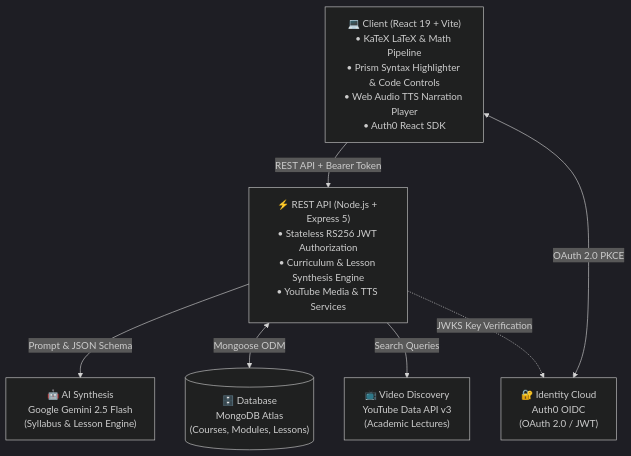
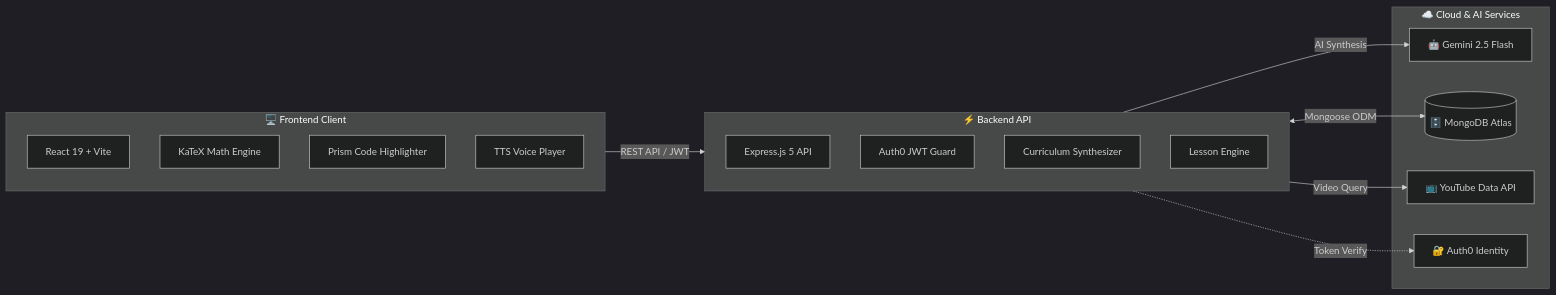
Before and after one commit to someshsinha/Socratic-AI: the first of 2 diagrams in README.md, drawn with Mermaid. The commit also changed 1 other file, not shown here.

Commit message:
readme updates

````diff
--- a/README.md
+++ b/README.md
@@ -63,19 +63,30 @@
 ```mermaid
 %%{init: {'theme': 'dark'}}%%
-flowchart TD
-    Client["💻 Client (React 19 + Vite)\n• KaTeX LaTeX & Math Pipeline\n• Prism Syntax Highlighter & Code Controls\n• Web Audio TTS Narration Player\n• Auth0 React SDK"]
-    
-    API["⚡ REST API (Node.js + Express 5)\n• Stateless RS256 JWT Authorization\n• Curriculum & Lesson Synthesis Engine\n• YouTube Media & TTS Services"]
+flowchart LR
+    subgraph Client ["🖥️ Frontend Client"]
+        A["React 19 + Vite"]
+        B["KaTeX Math Engine"]
+        C["Prism Code Highlighter"]
+        D["TTS Voice Player"]
+    end
 
-    AI["🤖 AI Synthesis\nGoogle Gemini 2.5 Flash\n(Syllabus & Lesson Engine)"]
-    DB[("🗄️ Database\nMongoDB Atlas\n(Courses, Modules, Lessons)")]
-    YT["📺 Video Discovery\nYouTube Data API v3\n(Academic Lectures)"]
-    Auth["🔐 Identity Cloud\nAuth0 OIDC\n(OAuth 2.0 / JWT)"]
+    subgraph Backend ["⚡ Backend API"]
+        E["Express.js 5 API"]
+        F["Auth0 JWT Guard"]
+        G["Curriculum Synthesizer"]
+        H["Lesson Engine"]
+    end
 
-    Client -->|REST API + Bearer Token| API
-    Client <-->|OAuth 2.0 PKCE| Auth
-    API -->|Prompt & JSON Schema| AI
-    API <-->|Mongoose ODM| DB
-    API -->|Search Queries| YT
-    API -.->|JWKS Key Verification| Auth
+    subgraph Cloud ["☁️ Cloud & AI Services"]
+        I["🤖 Gemini 2.5 Flash"]
+        J[("🗄️ MongoDB Atlas")]
+        K["📺 YouTube Data API"]
+        L["🔐 Auth0 Identity"]
+    end
+
+    Client -->|REST API / JWT| Backend
+    Backend -->|AI Synthesis| I
+    Backend <-->|Mongoose ODM| J
+    Backend -->|Video Query| K
+    Backend -.->|Token Verify| L
 ```
````
